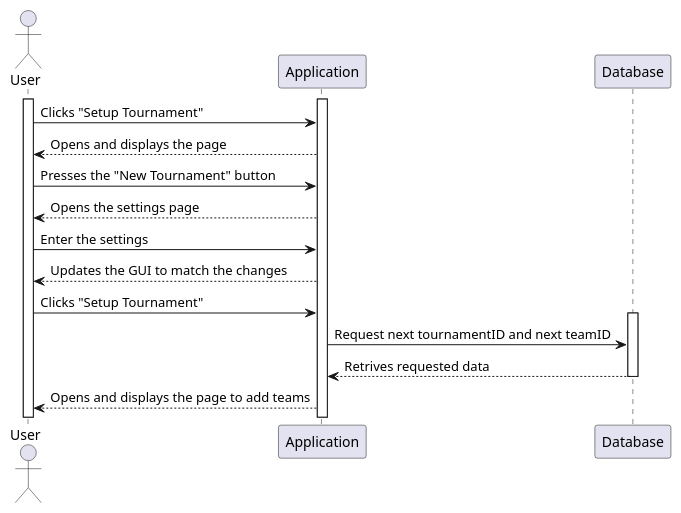
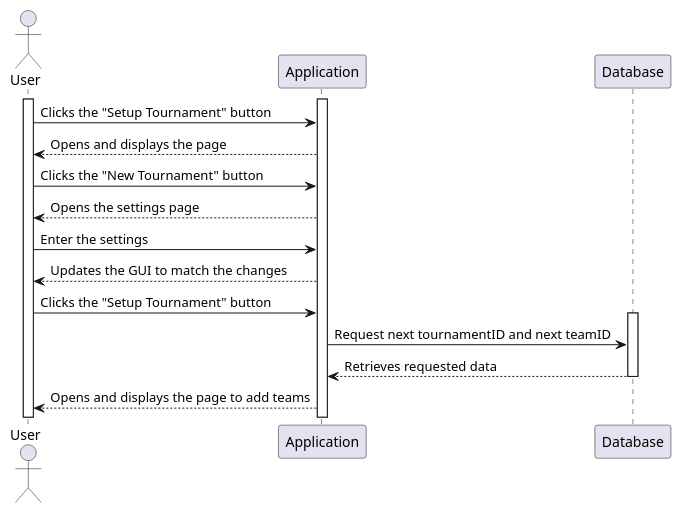
One commit to itzMesh/DCST1008-Prosjekt changed the diagram in ProjektUML/SequencediagramUserAppData/sequence_diagram_configureSettings.wsd. Above: the diagram before and after it, drawn with PlantUML. The commit also changed 7 other files, not shown here.

Commit message:
uml typos

```diff
--- a/ProjektUML/SequencediagramUserAppData/sequence_diagram_configureSettings.wsd
+++ b/ProjektUML/SequencediagramUserAppData/sequence_diagram_configureSettings.wsd
@@ -1,25 +1,25 @@
 @startuml ConfigureSettings
 
 actor User as U
 participant Application as A
 participant Database as D
 
 activate U
 activate A
 
-U->A: Clicks "Setup Tournament"
+U->A: Clicks the "Setup Tournament" button
 A-->U: Opens and displays the page
-U->A: Presses the "New Tournament" button
+U->A: Clicks the "New Tournament" button
 A-->U: Opens the settings page
 U->A: Enter the settings
 A-->U: Updates the GUI to match the changes
-U->A: Clicks "Setup Tournament"
+U->A: Clicks the "Setup Tournament" button
 activate D
 A->D: Request next tournamentID and next teamID
-D-->A:Retrives requested data
+D-->A: Retrieves requested data
 deactivate D
 A-->U: Opens and displays the page to add teams
 
 
 
 @enduml
```
